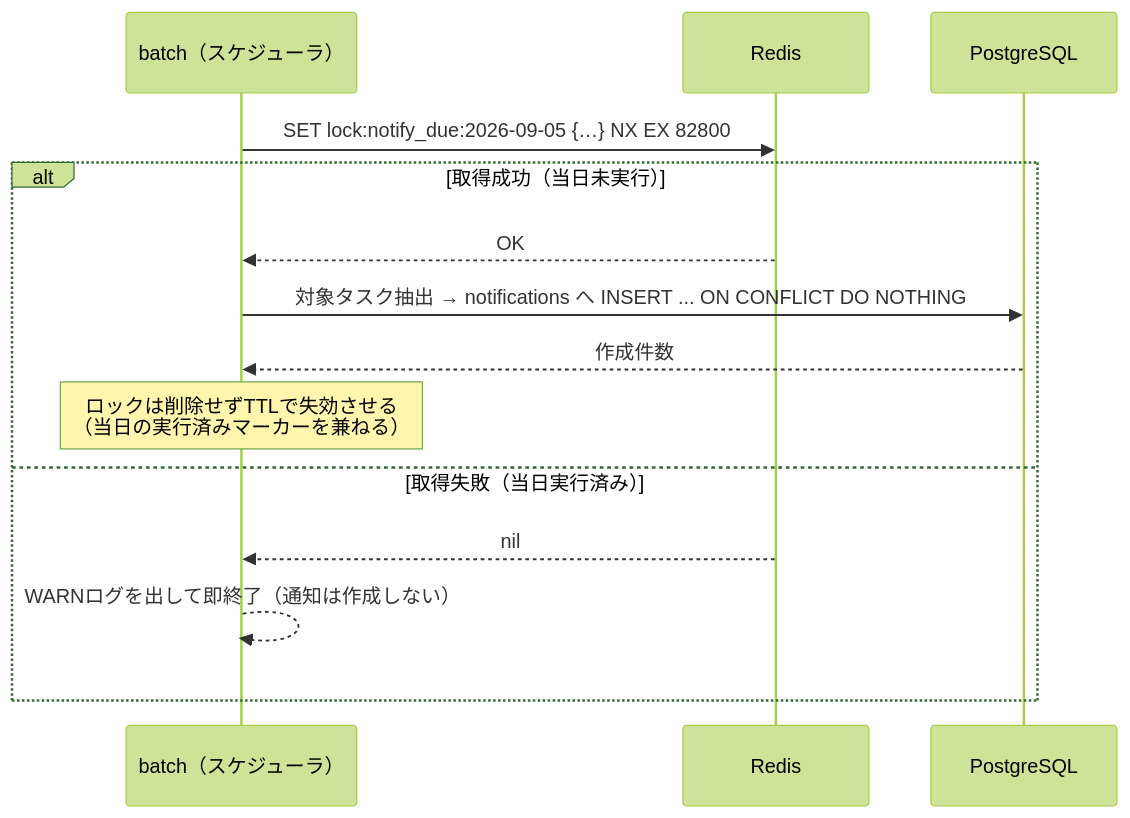
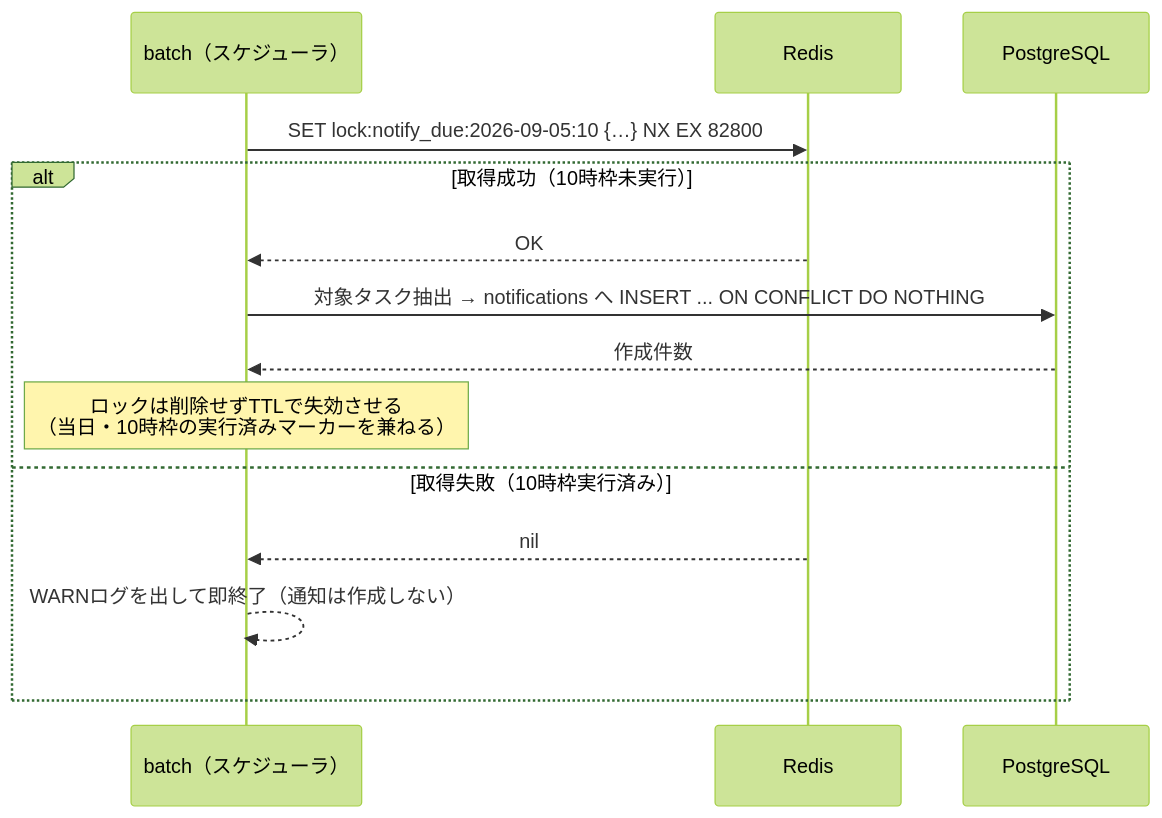
Before and after one commit to oikawa-d/task_management: the sixth of 6 diagrams in basic_design/02_redis.md, drawn with Mermaid (forest theme). The commit also changed other lines of this file and 31 other files, not shown here.

````diff
--- a/basic_design/02_redis.md
+++ b/basic_design/02_redis.md
@@ -188,17 +188,17 @@
 ```mermaid
 sequenceDiagram
     participant B as batch（スケジューラ）
     participant R as Redis
     participant P as PostgreSQL
 
-    B->>R: SET lock:notify_due:2026-09-05 {…} NX EX 82800
-    alt 取得成功（当日未実行）
+    B->>R: SET lock:notify_due:2026-09-05:10 {…} NX EX 82800
+    alt 取得成功（10時枠未実行）
         R-->>B: OK
         B->>P: 対象タスク抽出 → notifications へ INSERT ... ON CONFLICT DO NOTHING
         P-->>B: 作成件数
-        Note over B: ロックは削除せずTTLで失効させる<br/>（当日の実行済みマーカーを兼ねる）
-    else 取得失敗（当日実行済み）
+        Note over B: ロックは削除せずTTLで失効させる<br/>（当日・10時枠の実行済みマーカーを兼ねる）
+    else 取得失敗（10時枠実行済み）
         R-->>B: nil
         B-->>B: WARNログを出して即終了（通知は作成しない）
     end
 ```
````
